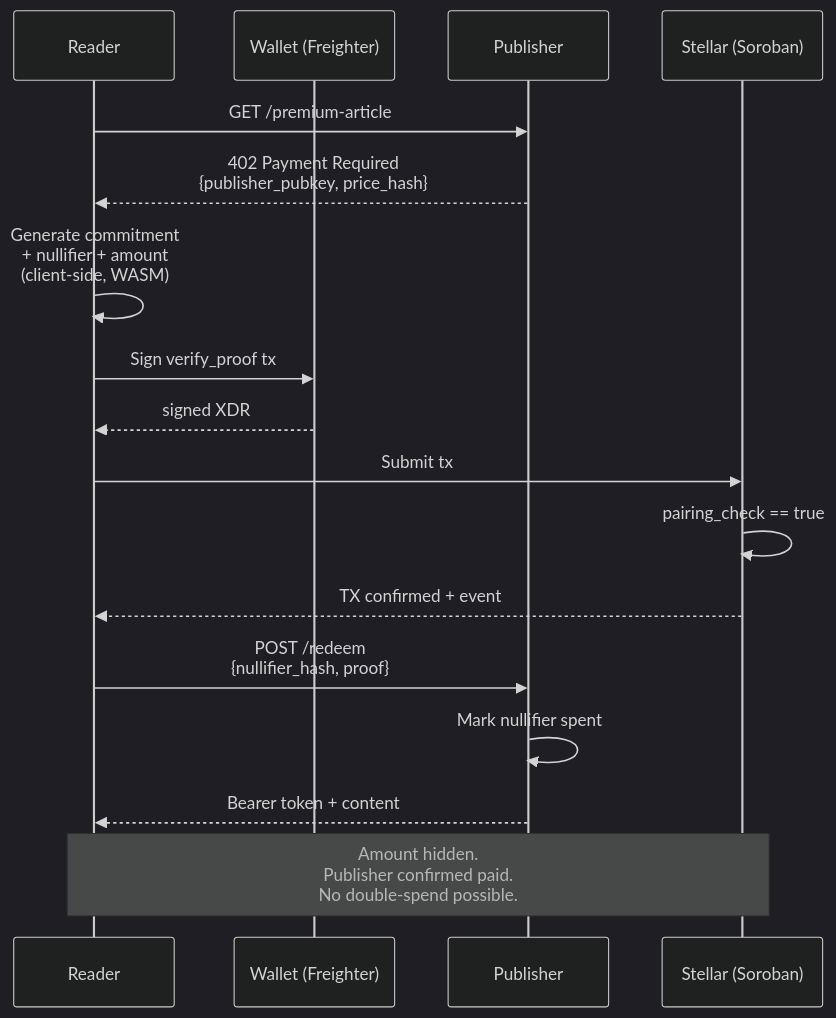
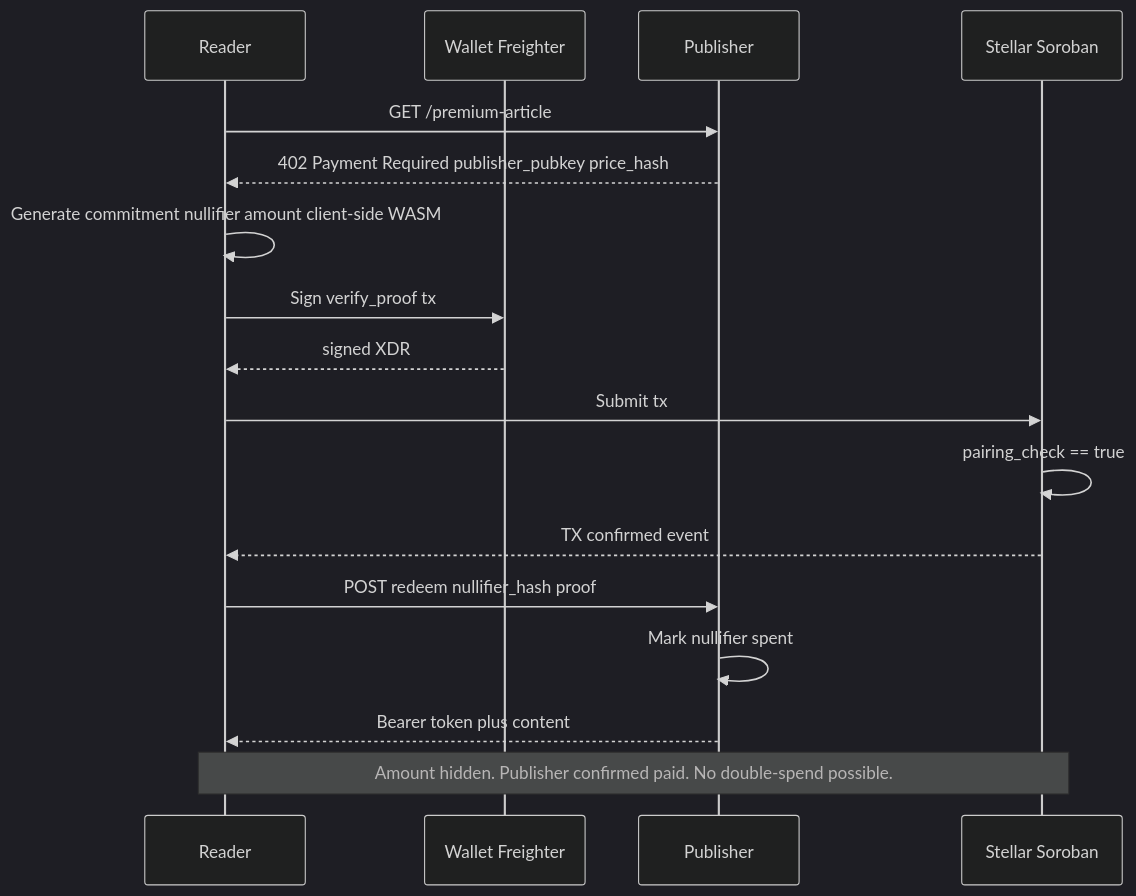
Before and after one commit to JulioMCruz/VeilGate: the second of 2 diagrams in README.md, drawn with Mermaid (dark theme). The commit also changed other lines of this file, not shown here.

First line of the commit message:
docs: fix Mermaid diagram parse errors in README

````diff
--- a/README.md
+++ b/README.md
@@ -194,20 +194,20 @@
 ```mermaid
 sequenceDiagram
     participant R as Reader
-    participant W as Wallet (Freighter)
+    participant W as Wallet Freighter
     participant P as Publisher
-    participant S as Stellar (Soroban)
+    participant S as Stellar Soroban
 
     R->>P: GET /premium-article
-    P-->>R: 402 Payment Required<br/>{publisher_pubkey, price_hash}
-    R->>R: Generate commitment<br/>+ nullifier + amount<br/>(client-side, WASM)
+    P-->>R: 402 Payment Required publisher_pubkey price_hash
+    R->>R: Generate commitment nullifier amount client-side WASM
     R->>W: Sign verify_proof tx
     W-->>R: signed XDR
     R->>S: Submit tx
     S->>S: pairing_check == true
-    S-->>R: TX confirmed + event
-    R->>P: POST /redeem<br/>{nullifier_hash, proof}
+    S-->>R: TX confirmed event
+    R->>P: POST redeem nullifier_hash proof
     P->>P: Mark nullifier spent
-    P-->>R: Bearer token + content
-    Note over R,S: Amount hidden.<br/>Publisher confirmed paid.<br/>No double-spend possible.
+    P-->>R: Bearer token plus content
+    Note over R,S: Amount hidden. Publisher confirmed paid. No double-spend possible.
 ```
````
